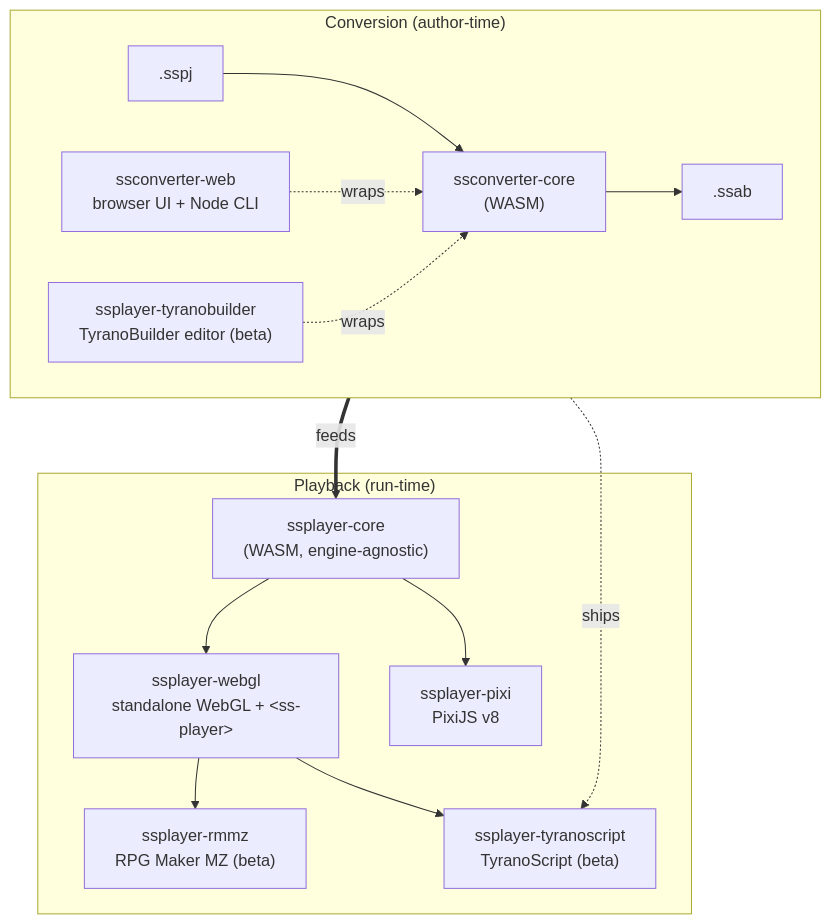
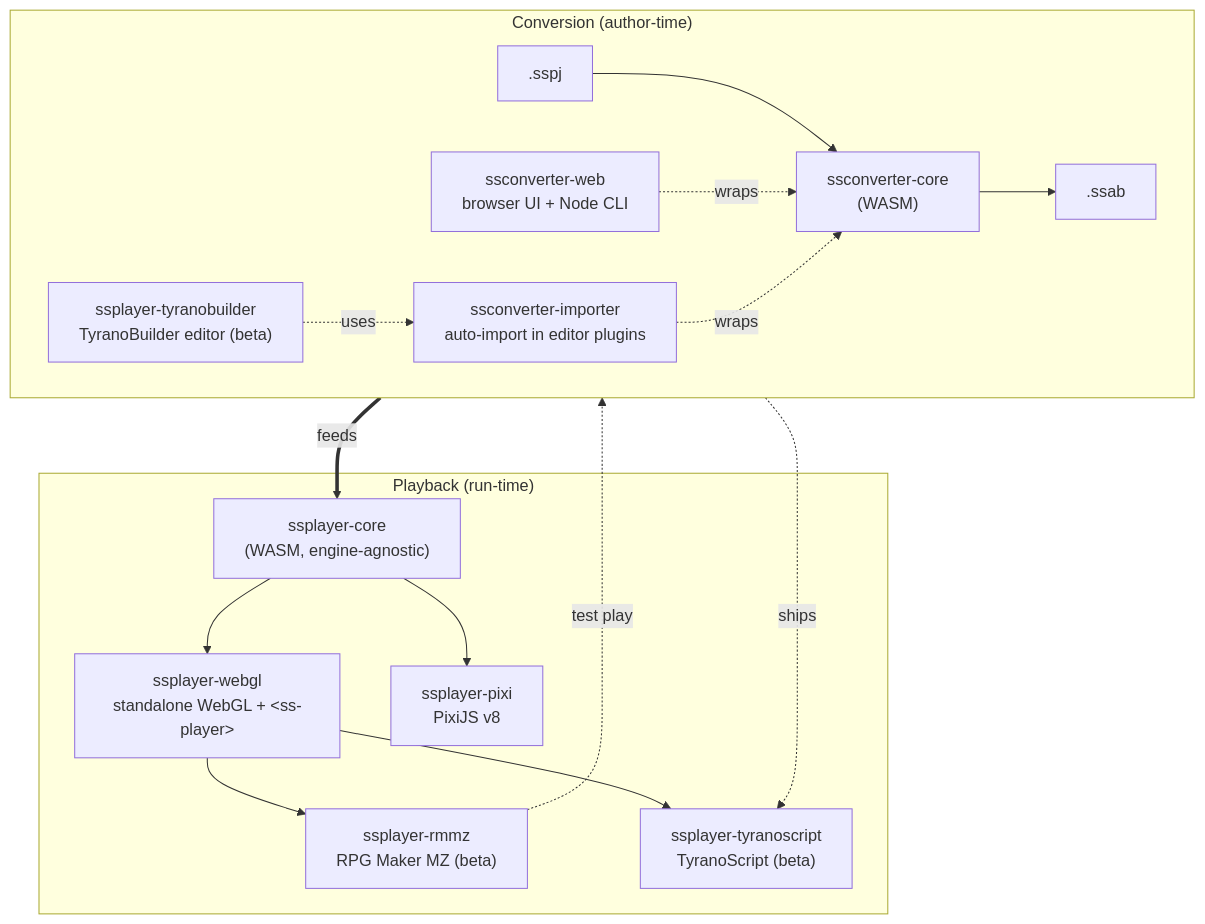
One commit to cri-middleware/SSPlayerForWeb changed the diagram in README.md. Above: the diagram before and after it, drawn with Mermaid. The commit also changed other lines of this file and 1 other file, not shown here.

Commit message:
Show the shared auto-importer in the README's architecture diagram
The diagram drew TyranoBuilder wrapping ssconverter-core directly and
left ssconverter-importer out, and no README, CONTRIBUTING or AGENTS
linked to it, though it holds the state file, the freshness rule, the
Worker and the log that both TyranoBuilder (on project open) and the MZ
plugin (on test play) run. The diagram now has it between them and the
converter, and the converter paragraph says what it is for.

````diff
--- a/README.md
+++ b/README.md
@@ -100,24 +100,26 @@
 ```mermaid
 flowchart TD
     subgraph conv ["Conversion (author-time)"]
         direction LR
         sspj[".sspj"] --> convcore["ssconverter-core<br/>(WASM)"] --> ssab[".ssab"]
         convweb["ssconverter-web<br/>browser UI + Node CLI"] -. wraps .-> convcore
-        tyranob["ssplayer-tyranobuilder<br/>TyranoBuilder editor (beta)"] -. wraps .-> convcore
+        importer["ssconverter-importer<br/>auto-import in editor plugins"] -. wraps .-> convcore
+        tyranob["ssplayer-tyranobuilder<br/>TyranoBuilder editor (beta)"] -. uses .-> importer
     end
 
     subgraph play ["Playback (run-time)"]
         core["ssplayer-core<br/>(WASM, engine-agnostic)"]
         webgl["ssplayer-webgl<br/>standalone WebGL + &lt;ss-player&gt;"]
         pixi["ssplayer-pixi<br/>PixiJS v8"]
         rmmz["ssplayer-rmmz<br/>RPG Maker MZ (beta)"]
         tyrano["ssplayer-tyranoscript<br/>TyranoScript (beta)"]
         core --> webgl
         core --> pixi
         webgl --> rmmz
         webgl --> tyrano
     end
 
     tyranob -. ships .-> tyrano
+    rmmz -. test play .-> importer
     ssab ==>|feeds| core
 ```
````
